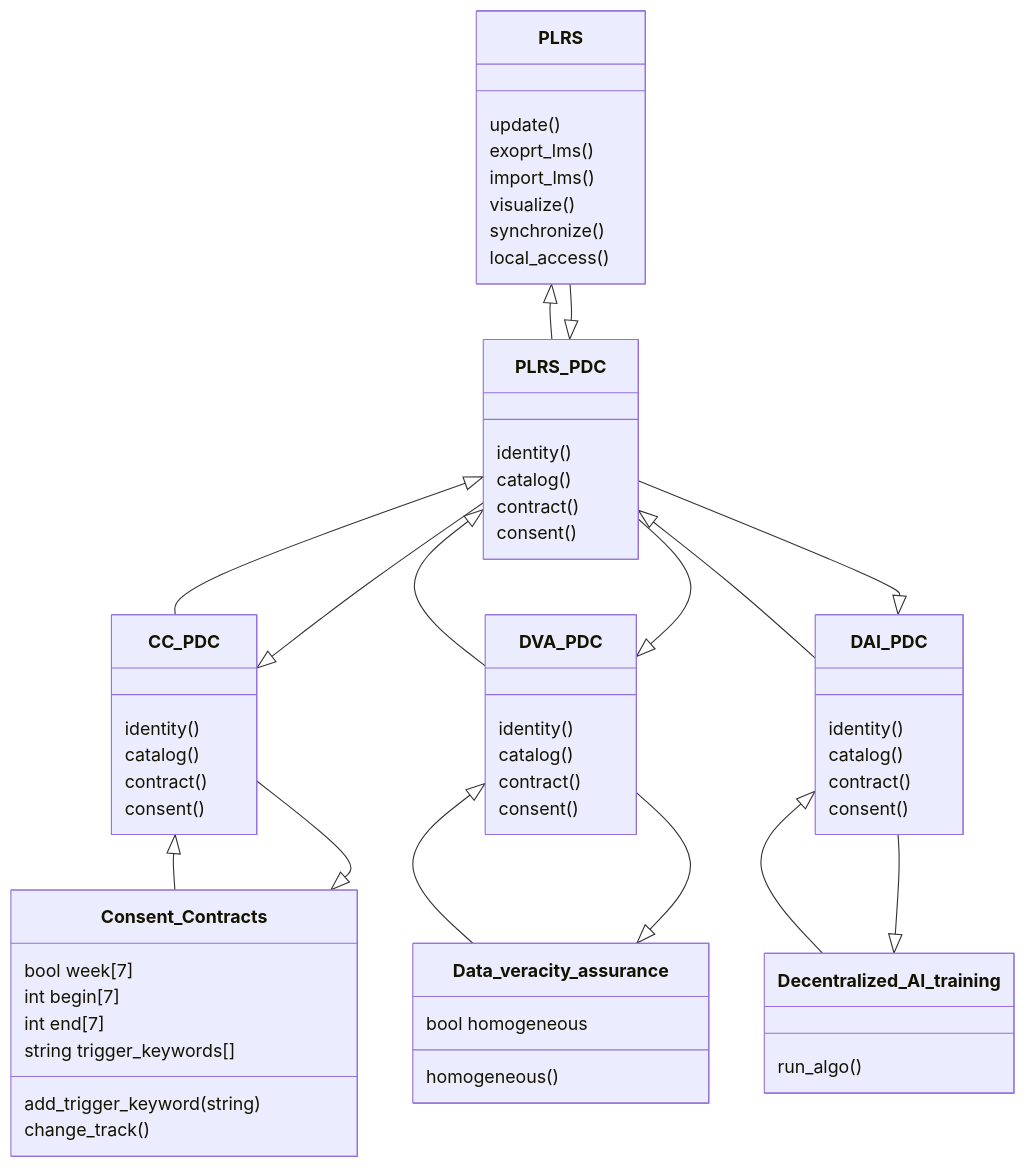
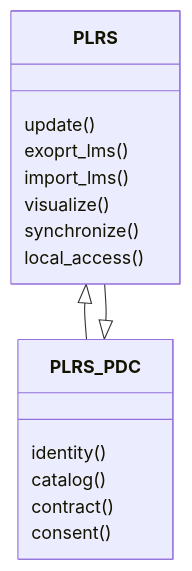
The second of 5 diagrams in docs/design-document.md (Prometheus-X-association/lrs-gateway), drawn with Mermaid before and after one commit. The commit also changed other lines of this file, not shown here.

````diff
--- a/docs/design-document.md
+++ b/docs/design-document.md
@@ -567,62 +558,17 @@
 ```mermaid
 classDiagram
    PLRS <|-- PLRS_PDC
    PLRS_PDC <|-- PLRS
-   CC_PDC <|-- Consent_Contracts
-   Consent_Contracts <|-- CC_PDC
-   DVA_PDC <|-- Data_veracity_assurance
-   Data_veracity_assurance <|-- DVA_PDC 
-   DAI_PDC <|-- Decentralized_AI_training
-   Decentralized_AI_training <|-- DAI_PDC
-   PLRS_PDC <|-- CC_PDC
-   CC_PDC <|-- PLRS_PDC
-   PLRS_PDC <|-- DVA_PDC
-   DVA_PDC <|-- PLRS_PDC
-   PLRS_PDC <|-- DAI_PDC
-   DAI_PDC <|-- PLRS_PDC
    PLRS: update()
    PLRS: exoprt_lms()
    PLRS: import_lms()
    PLRS: visualize()
    PLRS: synchronize()
    PLRS: local_access()
    class PLRS_PDC{
      identity()
      catalog()
      contract()
      consent()
    }
-   class CC_PDC{
-     identity()
-     catalog()
-     contract()
-     consent()
-   }
-   class DVA_PDC{
-     identity()
-     catalog()
-     contract()
-     consent()
-   }
-   class DAI_PDC{
-     identity()
-     catalog()
-     contract()
-     consent()
-   }
-   class Consent_Contracts{
-     bool week[7]
-     int begin[7]
-     int end[7]
-     string trigger_keywords[]
-     add_trigger_keyword(string)
-     change_track()
-   }
-   class Data_veracity_assurance{
-     bool homogeneous
-     homogeneous()
-   }
-   class Decentralized_AI_training{
-     run_algo()
-   }
 ```
````
